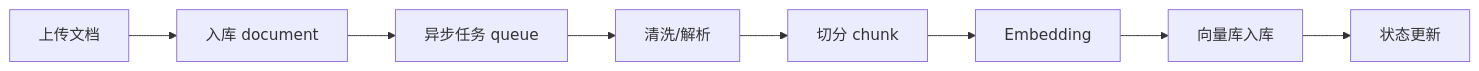
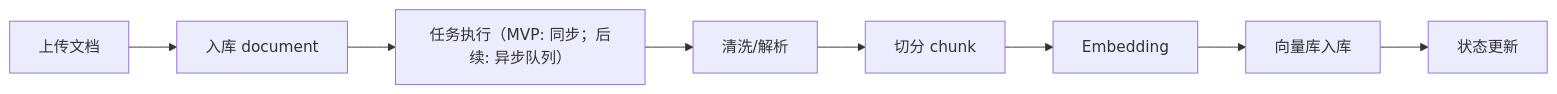
The first of 2 diagrams in docs/Architecture.md (ZTH7/RAGDesk), drawn with Mermaid before and after one commit. The commit also changed 17 other files, not shown here.

````diff
--- a/docs/Architecture.md
+++ b/docs/Architecture.md
@@ -106,10 +106,10 @@
 ```mermaid
 flowchart LR
 A[上传文档] --> B[入库 document]
-B --> C[异步任务 queue]
+B --> C[任务执行（MVP: 同步；后续: 异步队列）]
 C --> D[清洗/解析]
 D --> E[切分 chunk]
 E --> F[Embedding]
 F --> G[向量库入库]
 G --> H[状态更新]
 ```
````
